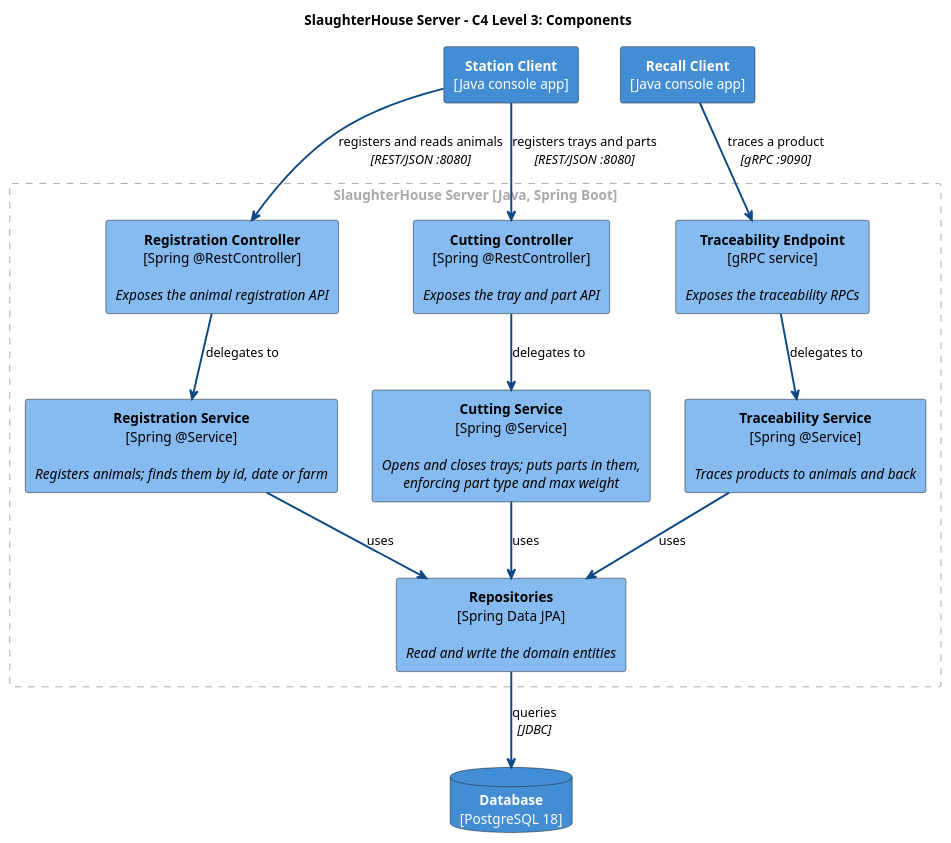
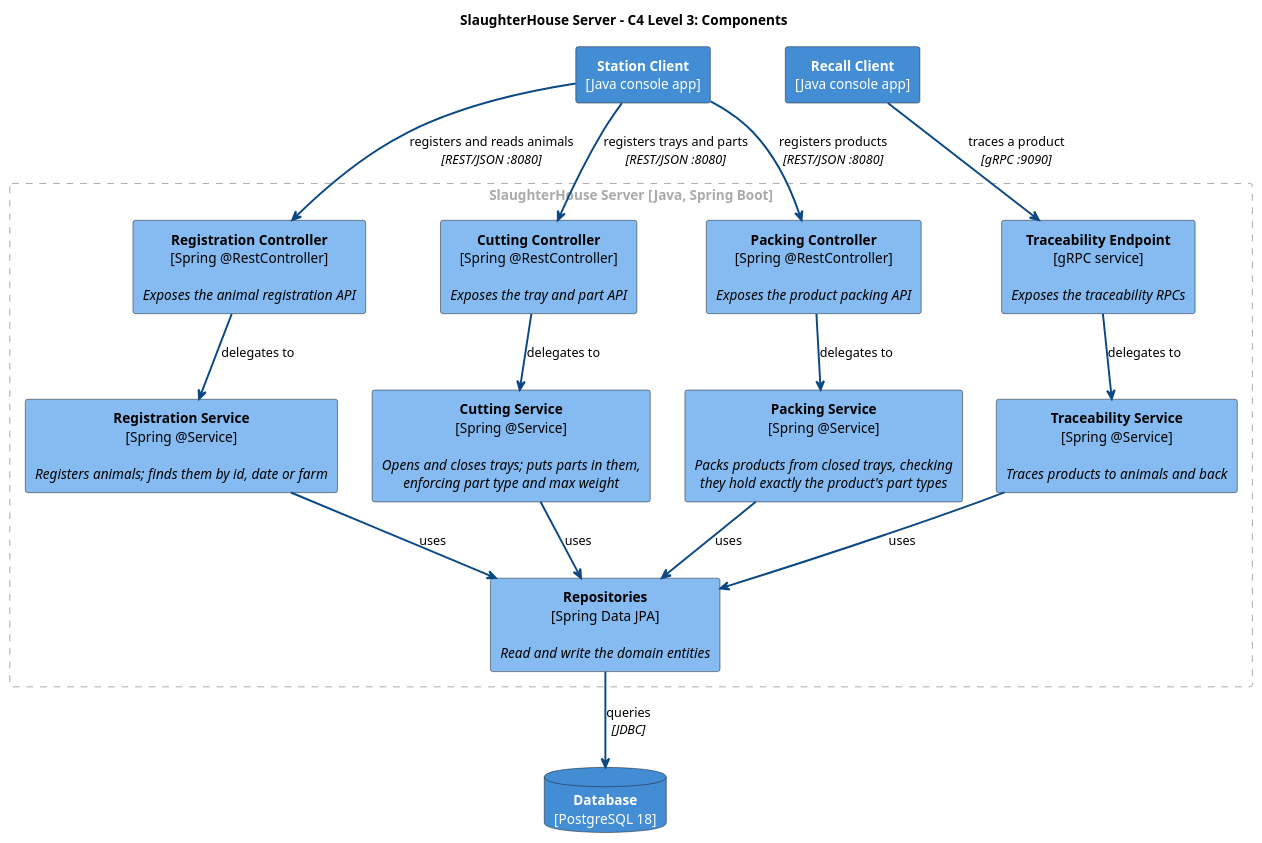
The diagram in SlaughterHouse/docs/componentDiagram.puml (ahausgaard/DSY), drawn with PlantUML before and after one commit.

Commit message:
component diagram

```diff
--- a/SlaughterHouse/docs/componentDiagram.puml
+++ b/SlaughterHouse/docs/componentDiagram.puml
@@ -1,62 +1,69 @@
 @startuml c4-l3-component
 title SlaughterHouse Server - C4 Level 3: Components
 
 hide stereotype
 skinparam shadowing false
 skinparam defaultTextAlignment center
 skinparam rectangle<<container>> {
   BackgroundColor #438DD5
   FontColor #FFFFFF
 }
 skinparam database<<container>> {
   BackgroundColor #438DD5
   FontColor #FFFFFF
 }
 skinparam rectangle<<component>> {
   BackgroundColor #85BBF0
   FontColor #000000
 }
 skinparam rectangle<<boundary>> {
   BackgroundColor transparent
   BorderColor #AAAAAA
   BorderStyle dashed
   FontColor #AAAAAA
 }
 
 rectangle "**Station Client**\n[Java console app]" <<container>> as stationClient
 rectangle "**Recall Client**\n[Java console app]" <<container>> as recallClient
 
 rectangle "SlaughterHouse Server [Java, Spring Boot]" <<boundary>> {
 
   rectangle "**Registration Controller**\n[Spring @RestController]\n\n//Exposes the animal registration API//" <<component>> as controller
 
   rectangle "**Cutting Controller**\n[Spring @RestController]\n\n//Exposes the tray and part API//" <<component>> as cuttingController
 
+  rectangle "**Packing Controller**\n[Spring @RestController]\n\n//Exposes the product packing API//" <<component>> as packingController
+
   rectangle "**Traceability Endpoint**\n[gRPC service]\n\n//Exposes the traceability RPCs//" <<component>> as endpoint
 
   rectangle "**Registration Service**\n[Spring @Service]\n\n//Registers animals; finds them by id, date or farm//" <<component>> as regService
 
   rectangle "**Cutting Service**\n[Spring @Service]\n\n//Opens and closes trays; puts parts in them,//\n//enforcing part type and max weight//" <<component>> as cuttingService
+
+  rectangle "**Packing Service**\n[Spring @Service]\n\n//Packs products from closed trays, checking//\n//they hold exactly the product's part types//" <<component>> as packingService
 
   rectangle "**Traceability Service**\n[Spring @Service]\n\n//Traces products to animals and back//" <<component>> as traceService
 
   rectangle "**Repositories**\n[Spring Data JPA]\n\n//Read and write the domain entities//" <<component>> as repos
 }
 
 database "**Database**\n[PostgreSQL 18]" <<container>> as db
 
 ' Keep the two flows side by side
 stationClient -[hidden]right- recallClient
 
 stationClient -[#0B4884,bold]down-> controller   : registers and reads animals\n//[REST/JSON :8080]//
 stationClient -[#0B4884,bold]down-> cuttingController : registers trays and parts\n//[REST/JSON :8080]//
+stationClient -[#0B4884,bold]down-> packingController : registers products\n//[REST/JSON :8080]//
 recallClient  -[#0B4884,bold]down-> endpoint     : traces a product\n//[gRPC :9090]//
 controller    -[#0B4884,bold]down-> regService   : delegates to
 cuttingController -[#0B4884,bold]down-> cuttingService : delegates to
+packingController -[#0B4884,bold]down-> packingService : delegates to
 endpoint      -[#0B4884,bold]down-> traceService : delegates to
 regService    -[#0B4884,bold]down-> repos        : uses
 cuttingService -[#0B4884,bold]down-> repos       : uses
+packingService -[#0B4884,bold]down-> repos       : uses
 traceService  -[#0B4884,bold]down-> repos        : uses
 repos         -[#0B4884,bold]down-> db           : queries\n//[JDBC]//
 
 @enduml
```
